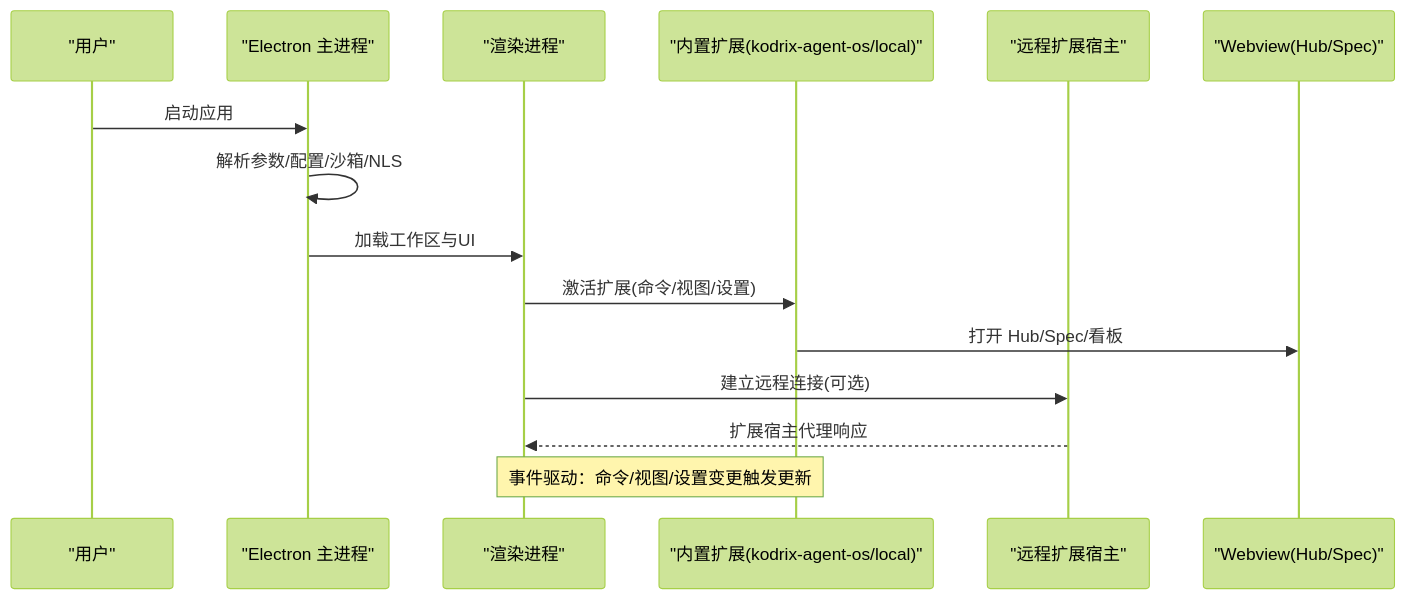
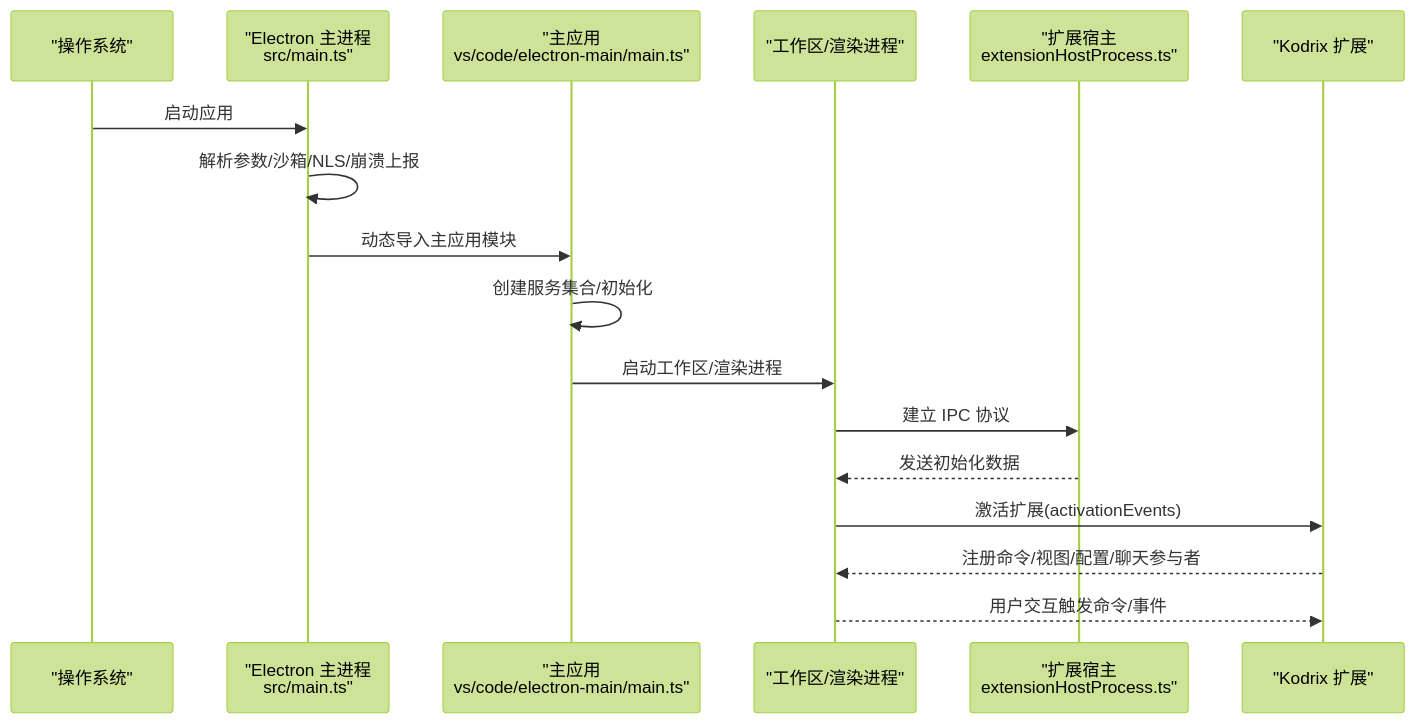
The second of 7 diagrams in .qoder/repowiki/zh/content/架构设计/架构设计.md (sofate798/KodrixCode), drawn with Mermaid (forest theme) before and after one commit. The commit also changed other lines of this file and 178 other files, not shown here.

````diff
--- a/.qoder/repowiki/zh/content/架构设计/架构设计.md
+++ b/.qoder/repowiki/zh/content/架构设计/架构设计.md
@@ -83,17 +75,19 @@
 ```mermaid
 sequenceDiagram
-participant User as "用户"
-participant Main as "Electron 主进程"
-participant Renderer as "渲染进程"
-participant Ext as "内置扩展(kodrix-agent-os/local)"
-participant Server as "远程扩展宿主"
-participant UI as "Webview(Hub/Spec)"
-User->>Main : 启动应用
-Main->>Main : 解析参数/配置/沙箱/NLS
-Main->>Renderer : 加载工作区与UI
-Renderer->>Ext : 激活扩展(命令/视图/设置)
-Ext->>UI : 打开 Hub/Spec/看板
-Renderer->>Server : 建立远程连接(可选)
-Server-->>Renderer : 扩展宿主代理响应
-Note over Renderer,Ext : 事件驱动：命令/视图/设置变更触发更新
+participant OS as "操作系统"
+participant EP as "Electron 主进程<br/>src/main.ts"
+participant MA as "主应用<br/>vs/code/electron-main/main.ts"
+participant WB as "工作区/渲染进程"
+participant EH as "扩展宿主<br/>extensionHostProcess.ts"
+participant EXT as "Kodrix 扩展"
+OS->>EP : 启动应用
+EP->>EP : 解析参数/沙箱/NLS/崩溃上报
+EP->>MA : 动态导入主应用模块
+MA->>MA : 创建服务集合/初始化
+MA->>WB : 启动工作区/渲染进程
+WB->>EH : 建立 IPC 协议
+EH-->>WB : 发送初始化数据
+WB->>EXT : 激活扩展(activationEvents)
+EXT-->>WB : 注册命令/视图/配置/聊天参与者
+WB-->>EXT : 用户交互触发命令/事件
 ```
````
